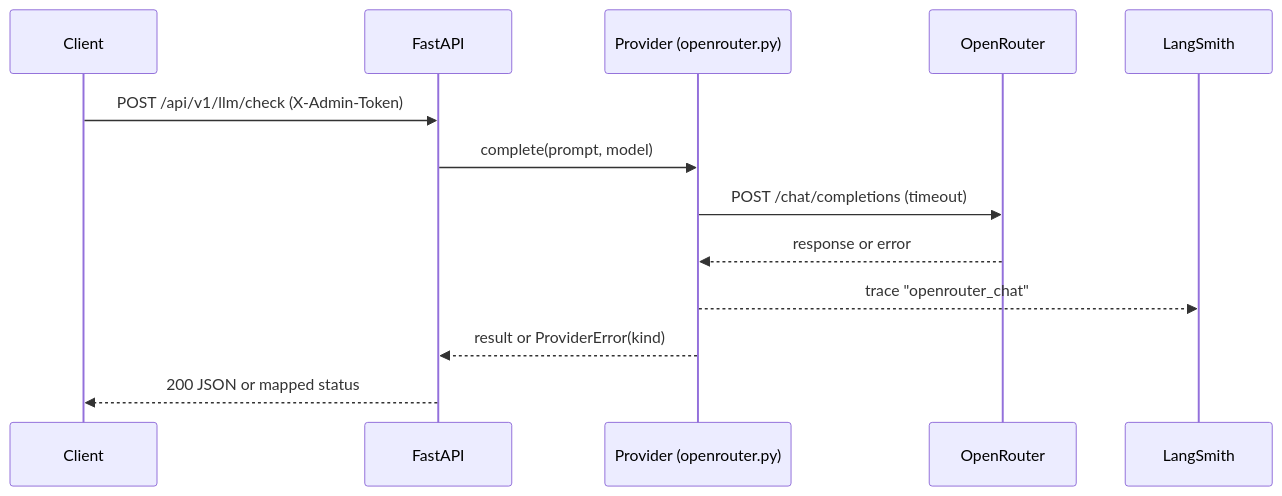
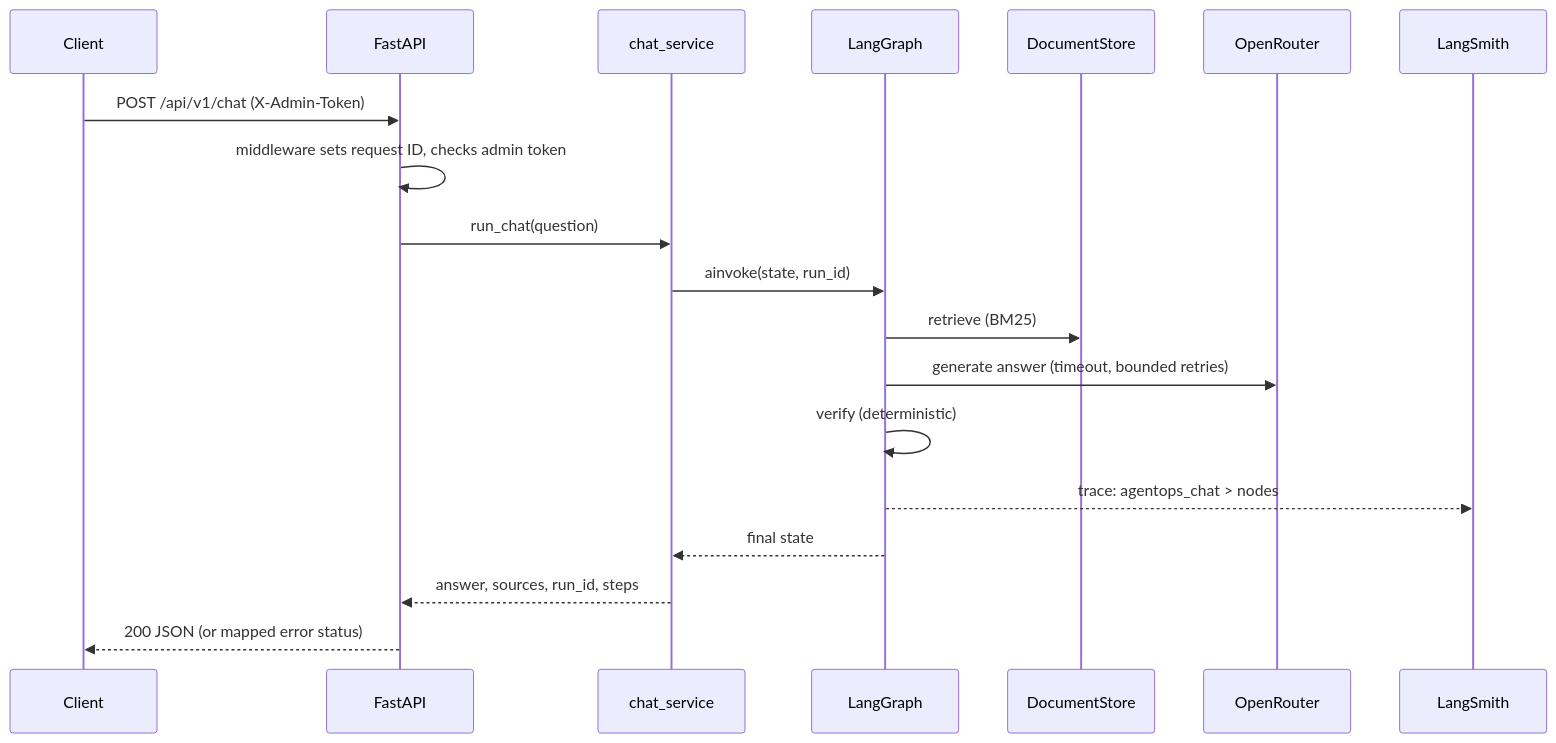
The second of 2 diagrams in docs/ARCHITECTURE.md (sanojDD/agentops), drawn with Mermaid before and after one commit. The commit also changed other lines of this file and 28 other files, not shown here.

````diff
--- a/docs/ARCHITECTURE.md
+++ b/docs/ARCHITECTURE.md
@@ -21,16 +42,22 @@
 ```mermaid
 sequenceDiagram
     participant C as Client
     participant API as FastAPI
-    participant P as Provider (openrouter.py)
+    participant S as chat_service
+    participant G as LangGraph
+    participant ST as DocumentStore
     participant OR as OpenRouter
     participant LS as LangSmith
 
-    C->>API: POST /api/v1/llm/check (X-Admin-Token)
-    API->>P: complete(prompt, model)
-    P->>OR: POST /chat/completions (timeout)
-    OR-->>P: response or error
-    P-->>LS: trace "openrouter_chat"
-    P-->>API: result or ProviderError(kind)
-    API-->>C: 200 JSON or mapped status
+    C->>API: POST /api/v1/chat (X-Admin-Token)
+    API->>API: middleware sets request ID, checks admin token
+    API->>S: run_chat(question)
+    S->>G: ainvoke(state, run_id)
+    G->>ST: retrieve (BM25)
+    G->>OR: generate answer (timeout, bounded retries)
+    G->>G: verify (deterministic)
+    G-->>LS: trace: agentops_chat > nodes
+    G-->>S: final state
+    S-->>API: answer, sources, run_id, steps
+    API-->>C: 200 JSON (or mapped error status)
 ```
````
